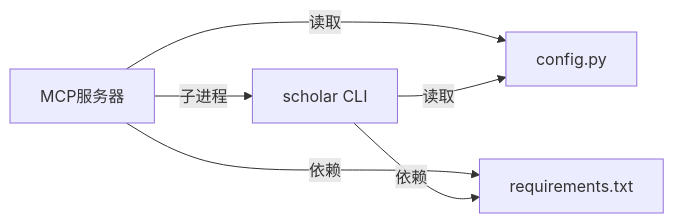
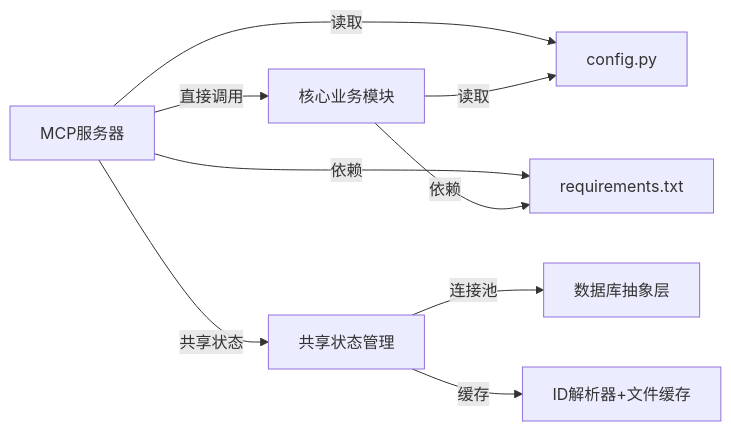
Before and after one commit to 1173591564/academic-based-qoder: the seventh of 7 diagrams in .qoder/repowiki/zh/content/MCP服务系统/MCP服务器架构.md, drawn with Mermaid. The commit also changed other lines of this file and 80 other files, not shown here.

````diff
--- a/.qoder/repowiki/zh/content/MCP服务系统/MCP服务器架构.md
+++ b/.qoder/repowiki/zh/content/MCP服务系统/MCP服务器架构.md
@@ -297,8 +340,11 @@
 ```mermaid
 graph LR
-MCP["MCP服务器"] --> |子进程| CLI["scholar CLI"]
+MCP["MCP服务器"] --> |直接调用| Core["核心业务模块"]
+MCP --> |共享状态| State["共享状态管理"]
+State --> |连接池| DB["数据库抽象层"]
+State --> |缓存| Cache["ID解析器+文件缓存"]
 MCP --> |读取| Config["config.py"]
-CLI --> |读取| Config
+Core --> |读取| Config
 MCP --> |依赖| Req["requirements.txt"]
-CLI --> |依赖| Req
+Core --> |依赖| Req
 ```
````
